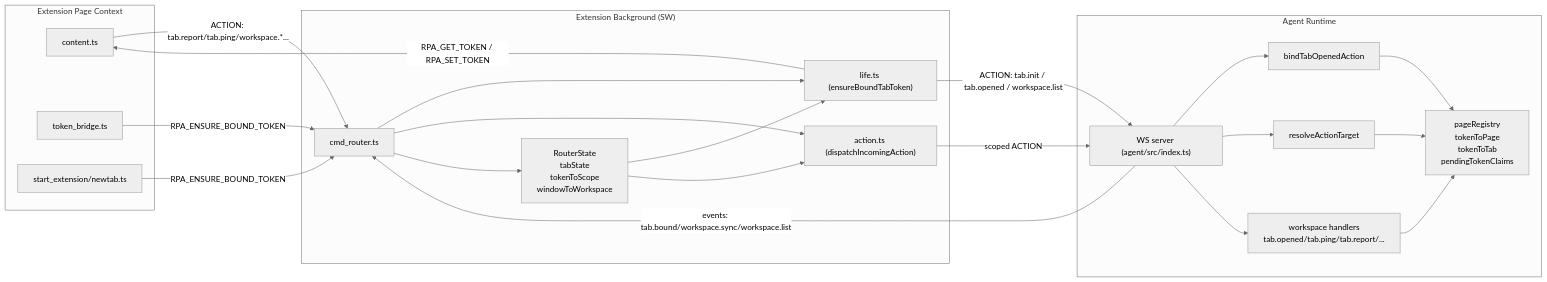
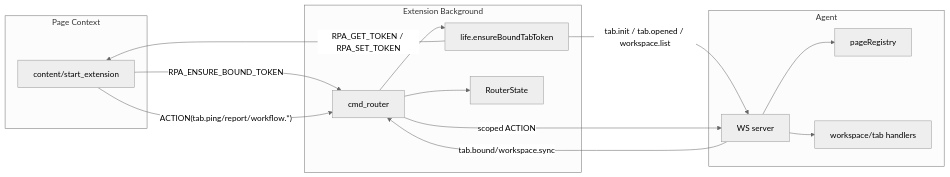
Before and after one commit to Aromatic05/rpa-browser: the first of 3 diagrams in docs/Runtime/WorkspaceAndTab.md, drawn with Mermaid (neutral theme). The commit also changed other lines of this file, not shown here.

Commit message:
docs(runtime): rewrite workspace and tab lifecycle spec

````diff
--- a/docs/Runtime/WorkspaceAndTab.md
+++ b/docs/Runtime/WorkspaceAndTab.md
@@ -331,49 +63,29 @@
 ```mermaid
 flowchart LR
-  subgraph EXT_PAGE["Extension Page Context"]
-    C1["content.ts"]
-    C2["token_bridge.ts"]
-    S1["start_extension/newtab.ts"]
+  subgraph PAGE["Page Context"]
+    C["content/start_extension"]
   end
 
-  subgraph EXT_BG["Extension Background (SW)"]
-    B1["cmd_router.ts"]
-    B2["life.ts (ensureBoundTabToken)"]
-    B3["action.ts (dispatchIncomingAction)"]
-    ST["RouterState
-tabState
-tokenToScope
-windowToWorkspace"]
+  subgraph BG["Extension Background"]
+    R["cmd_router"]
+    L["life.ensureBoundTabToken"]
+    S["RouterState"]
   end
 
-  subgraph AGENT["Agent Runtime"]
-    A0["WS server (agent/src/index.ts)"]
-    A1["bindTabOpenedAction"]
-    A2["resolveActionTarget"]
-    A3["pageRegistry
-tokenToPage
-tokenToTab
-pendingTokenClaims"]
-    A4["workspace handlers
-tab.opened/tab.ping/tab.report/..."]
+  subgraph AG["Agent"]
+    W["WS server"]
+    P["pageRegistry"]
+    H["workspace/tab handlers"]
   end
 
-  C2 -- "RPA_ENSURE_BOUND_TOKEN" --> B1
-  S1 -- "RPA_ENSURE_BOUND_TOKEN" --> B1
-  B1 --> B2
-  B2 -- "RPA_GET_TOKEN / RPA_SET_TOKEN" --> C1
-  B2 -- "ACTION: tab.init / tab.opened / workspace.list" --> A0
-  C1 -- "ACTION: tab.report/tab.ping/workspace.*..." --> B1
-  B1 --> B3
-  B3 -- "scoped ACTION" --> A0
-  A0 --> A1
-  A0 --> A2
-  A0 --> A4
-  A1 --> A3
-  A2 --> A3
-  A4 --> A3
-  A0 -- "events: tab.bound/workspace.sync/workspace.list" --> B1
-  B1 --> ST
-  ST --> B2
-  ST --> B3
+  C -- "RPA_ENSURE_BOUND_TOKEN" --> R
+  R --> L
+  L -- "RPA_GET_TOKEN / RPA_SET_TOKEN" --> C
+  L -- "tab.init / tab.opened / workspace.list" --> W
+  C -- "ACTION(tab.ping/report/workflow.*)" --> R
+  R -- "scoped ACTION" --> W
+  W --> P
+  W --> H
+  W -- "tab.bound/workspace.sync" --> R
+  R --> S
 ```
````
